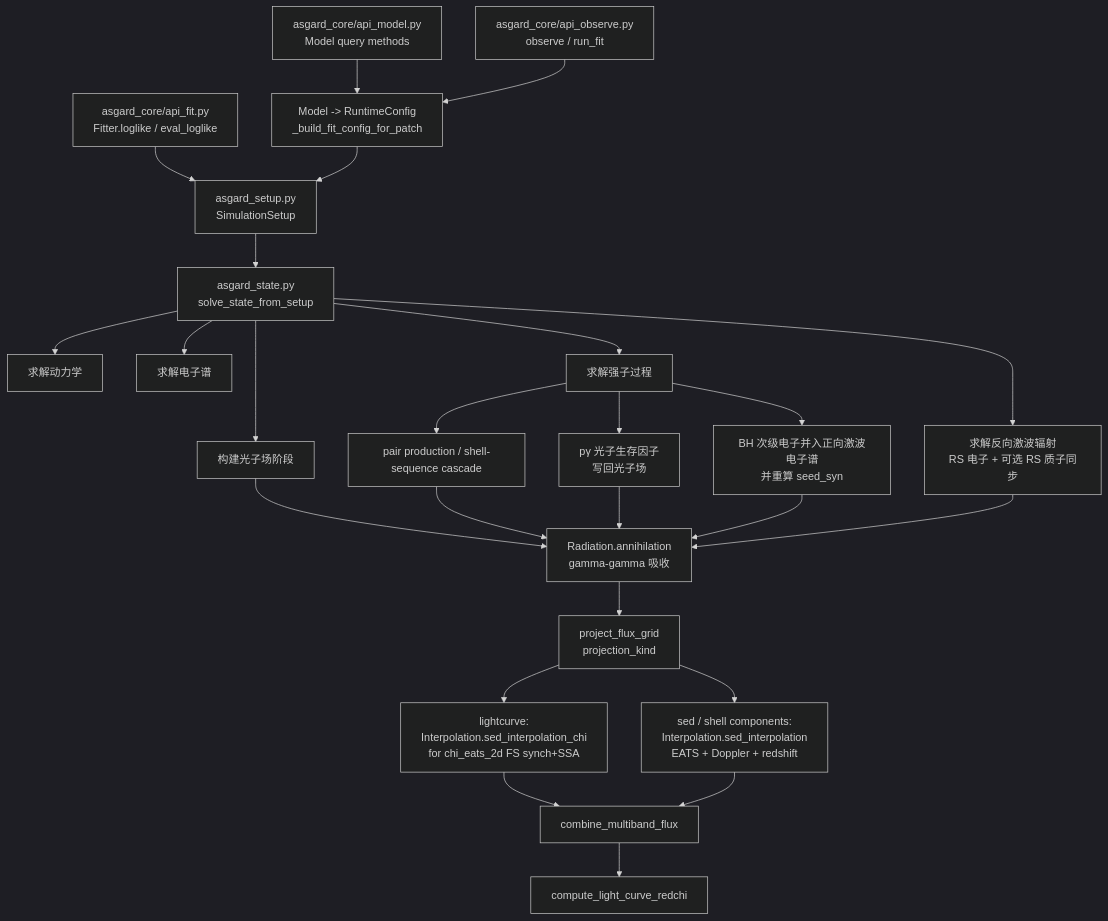
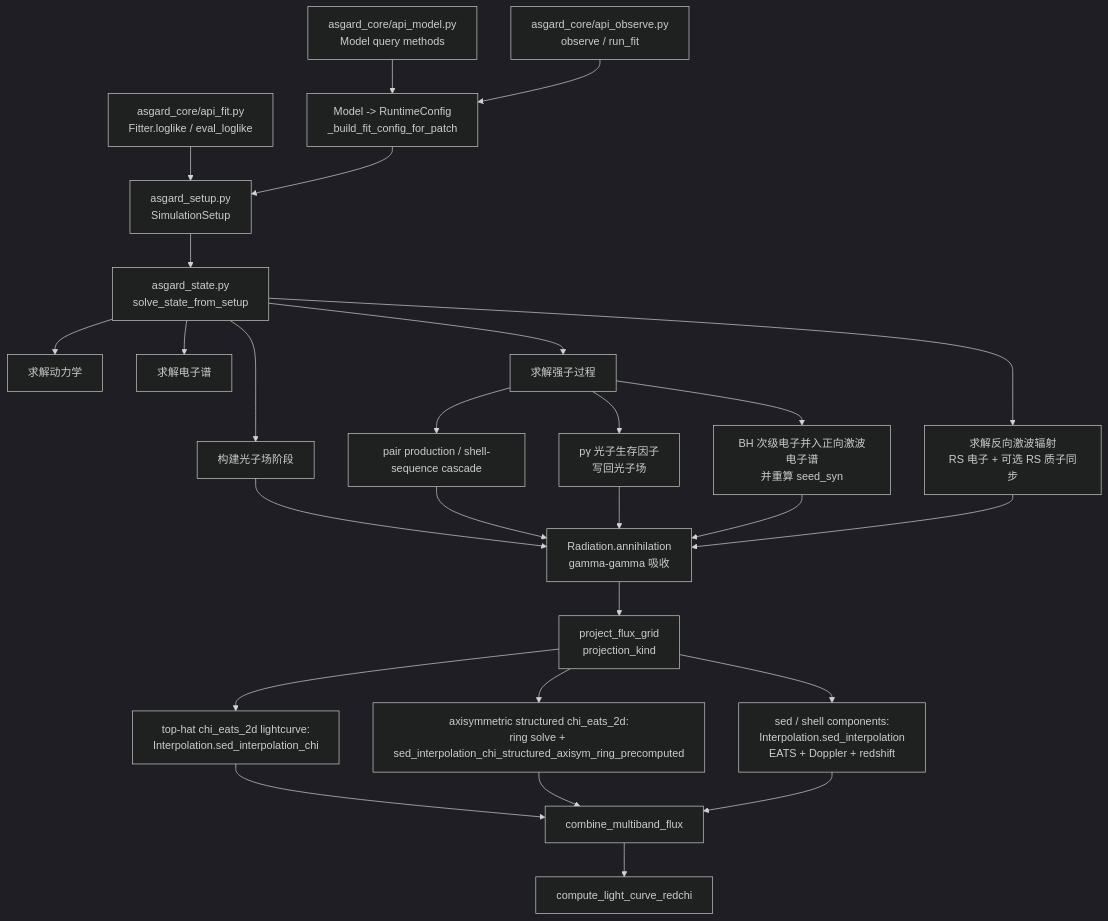
The first of 2 diagrams in doc/call_chain.md (mikuru1096/ASGARD_GRBAfterglow), drawn with Mermaid (dark theme) before and after one commit. The commit also changed other lines of this file and 18 other files, not shown here.

````diff
--- a/doc/call_chain.md
+++ b/doc/call_chain.md
@@ -7,27 +7,29 @@
 ```mermaid
 flowchart TD
     A["asgard_core/api_model.py\nModel query methods"] --> B["Model -> RuntimeConfig\n_build_fit_config_for_patch"]
     X["asgard_core/api_observe.py\nobserve / run_fit"] --> B
     Y["asgard_core/api_fit.py\nFitter.loglike / eval_loglike"] --> S
     B --> S["asgard_setup.py\nSimulationSetup"]
     S --> D["asgard_state.py\nsolve_state_from_setup"]
     D --> E["求解动力学"]
     D --> F["求解电子谱"]
     D --> G["求解反向激波辐射\nRS 电子 + 可选 RS 质子同步"]
     D --> H["构建光子场阶段"]
     D --> I["求解强子过程"]
     I --> J["BH 次级电子并入正向激波电子谱\n并重算 seed_syn"]
     I --> K["pγ 光子生存因子\n写回光子场"]
     I --> Q["pair production / shell-sequence cascade"]
     H --> L["Radiation.annihilation\ngamma-gamma 吸收"]
     Q --> L
     K --> L
     J --> L
     G --> L
     L --> M["project_flux_grid\nprojection_kind"]
-    M --> N["lightcurve:\nInterpolation.sed_interpolation_chi\nfor chi_eats_2d FS synch+SSA"]
+    M --> N["top-hat chi_eats_2d lightcurve:\nInterpolation.sed_interpolation_chi"]
+    M --> T["axisymmetric structured chi_eats_2d:\nring solve + sed_interpolation_chi_structured_axisym_ring_precomputed"]
     M --> R["sed / shell components:\nInterpolation.sed_interpolation\nEATS + Doppler + redshift"]
     N --> O["combine_multiband_flux"]
+    T --> O
     R --> O
     O --> P["compute_light_curve_redchi"]
 ```
````
